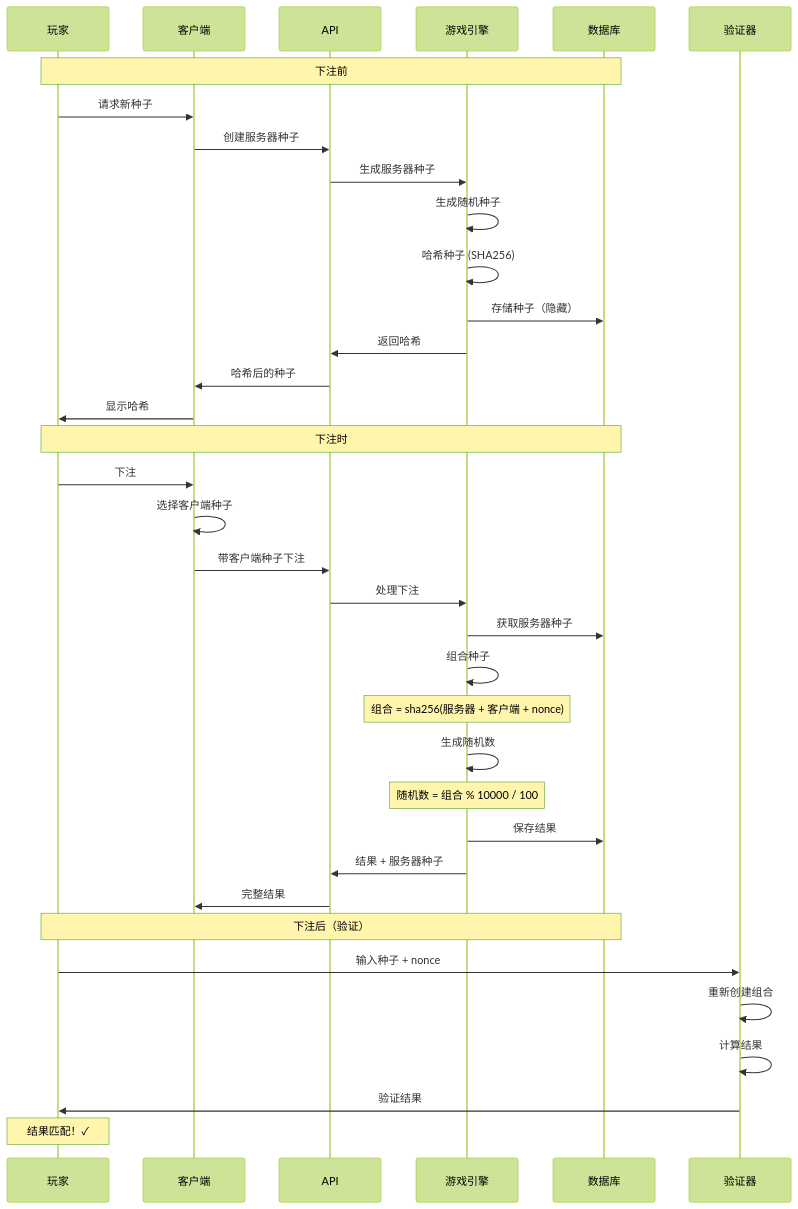
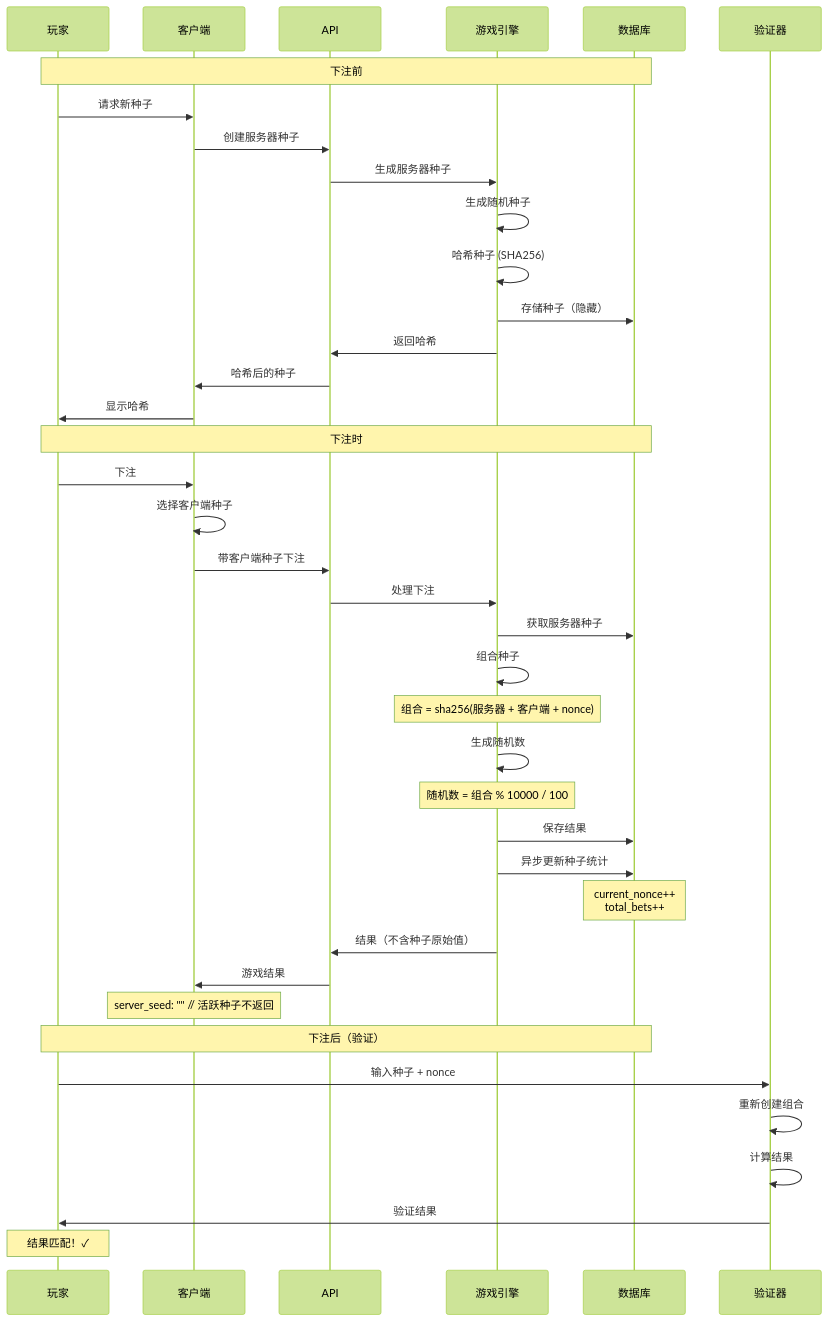
Diagram 19 of 28 in sequence-diagrams-zh.md (infigaming-com/invoker-gh-pages), drawn with Mermaid (forest theme) before and after one commit. The commit also changed other lines of this file and 2 other files, not shown here.

````diff
--- a/sequence-diagrams-zh.md
+++ b/sequence-diagrams-zh.md
@@ -851,46 +852,50 @@
 ```mermaid
 sequenceDiagram
     participant Player as 玩家
     participant Client as 客户端
     participant API
     participant GameEngine as 游戏引擎
     participant Database as 数据库
     participant Verifier as 验证器
 
     Note over Player,Database: 下注前
     
     Player->>Client: 请求新种子
     Client->>API: 创建服务器种子
     API->>GameEngine: 生成服务器种子
     GameEngine->>GameEngine: 生成随机种子
     GameEngine->>GameEngine: 哈希种子 (SHA256)
     GameEngine->>Database: 存储种子（隐藏）
     GameEngine->>API: 返回哈希
     API->>Client: 哈希后的种子
     Client->>Player: 显示哈希
     
     Note over Player,Database: 下注时
     
     Player->>Client: 下注
     Client->>Client: 选择客户端种子
     Client->>API: 带客户端种子下注
     API->>GameEngine: 处理下注
     
     GameEngine->>Database: 获取服务器种子
     GameEngine->>GameEngine: 组合种子
     Note over GameEngine: 组合 = sha256(服务器 + 客户端 + nonce)
     GameEngine->>GameEngine: 生成随机数
     Note over GameEngine: 随机数 = 组合 % 10000 / 100
     
     GameEngine->>Database: 保存结果
-    GameEngine->>API: 结果 + 服务器种子
-    API->>Client: 完整结果
+    GameEngine->>Database: 异步更新种子统计
+    Note over Database: current_nonce++<br/>total_bets++
+    
+    GameEngine->>API: 结果（不含种子原始值）
+    API->>Client: 游戏结果
+    Note over Client: server_seed: "" // 活跃种子不返回
     
     Note over Player,Database: 下注后（验证）
     
     Player->>Verifier: 输入种子 + nonce
     Verifier->>Verifier: 重新创建组合
     Verifier->>Verifier: 计算结果
     Verifier->>Player: 验证结果
     Note over Player: 结果匹配！✓
 ```
````
